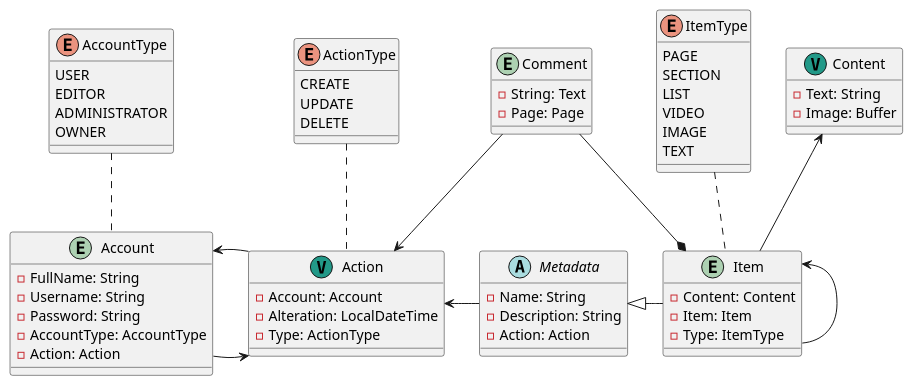
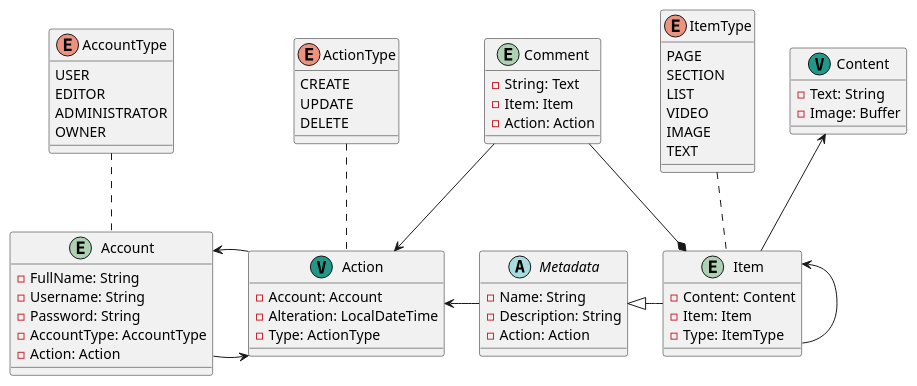
The diagram in src/main/plantuml/5. Main - Production.puml (LouisFerro/HFW-HighlyFunctionalWiki), drawn with PlantUML before and after one commit.

Commit message:
Adaptation of visualization of model for more effective use of space and better readability.

```diff
--- a/src/main/plantuml/5. Main - Production.puml
+++ b/src/main/plantuml/5. Main - Production.puml
@@ -1,88 +1,89 @@
 @startuml
 'https://plantuml.com/class-diagram'
 
 entity Account
 {
     - FullName: String
     - Username: String
     - Password: String
     - AccountType: AccountType
     - Action: Action
 }
 
 enum AccountType
 {
     USER
     EDITOR
     ADMINISTRATOR
     OWNER
 }
 
 entity Action <<(V, #229988)>>
 {
     - Account: Account
     - Alteration: LocalDateTime
     - Type: ActionType
 }
 
 enum ActionType
 {
     CREATE
     UPDATE
     DELETE
 }
 
 abstract class Metadata
 {
     - Name: String
     - Description: String
     - Action: Action
 }
 
 
 entity Item
 {
     - Content: Content
     - Item: Item
     - Type: ItemType
 }
 
 enum ItemType
 {
     PAGE
     SECTION
     LIST
     VIDEO
     IMAGE
     TEXT
 }
 
 entity Content <<(V, #229988)>>
 {
     - Text: String
     - Image: Buffer
 }
 
 entity Comment
 {
     - String: Text
-    - Page: Page
+    - Item: Item
+    - Action: Action
 }
 
 Account .up. AccountType
 Account -right-> Action
 
 Action -left-> Account
 Action .up. ActionType
 
 Metadata -left-> Action
 
 Comment -down-> Action
 Comment -down-* Item
 
 Item -left-|> Metadata
 Item -up-> Content
 Item .up. ItemType
 Item -up-> Item
 
 @enduml
```
